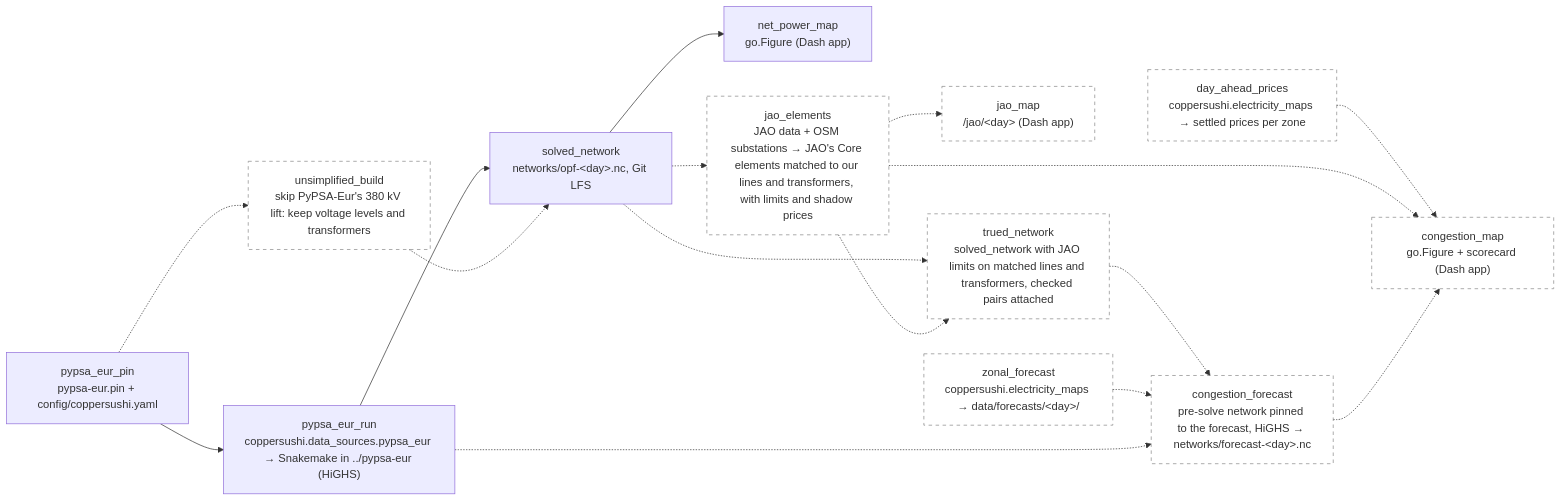
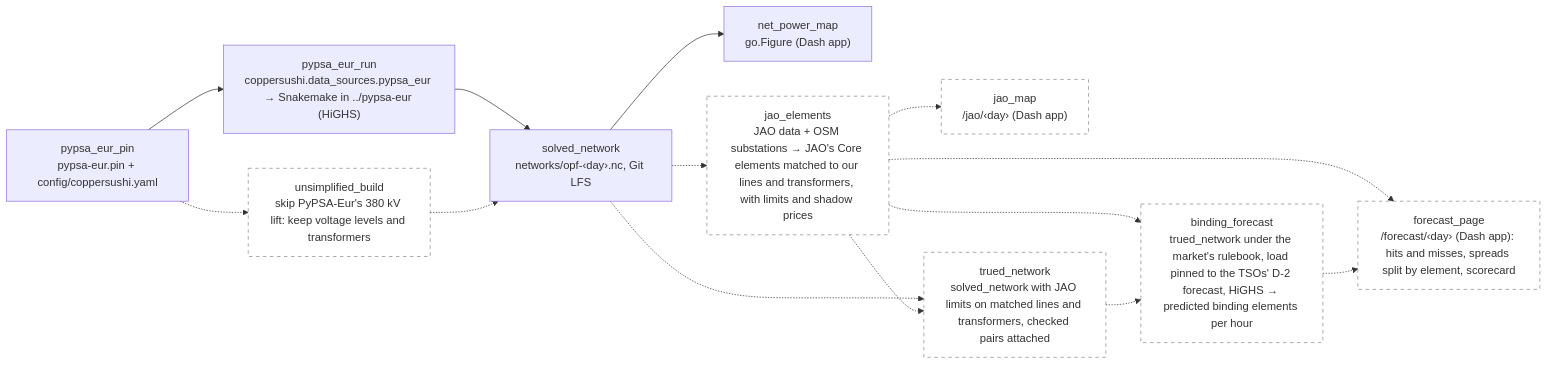
The diagram in wiki/sushi-2.md (zoltanmaric/coppersushi), drawn with Mermaid before and after one commit. The commit also changed 3 other files, not shown here.

First line of the commit message:
Forecast spec rewritten: the market's rulebook on the nodal grid, one day

````diff
--- a/wiki/sushi-2.md
+++ b/wiki/sushi-2.md
@@ -16,35 +16,31 @@
 ```mermaid
 flowchart LR
     classDef planned stroke-dasharray: 5 5,stroke:#888,fill:none
 
     net_power_map["net_power_map<br/>go.Figure (Dash app)"]
 
     pypsa_eur_pin["pypsa_eur_pin<br/>pypsa-eur.pin + config/coppersushi.yaml"]
     pypsa_eur_run["pypsa_eur_run<br/>coppersushi.data_sources.pypsa_eur → Snakemake in ../pypsa-eur (HiGHS)"]
-    solved_network["solved_network<br/>networks/opf-&lt;day&gt;.nc, Git LFS"]
+    solved_network["solved_network<br/>networks/opf-‹day›.nc, Git LFS"]
 
     unsimplified["unsimplified_build<br/>skip PyPSA-Eur's 380 kV lift: keep voltage levels and transformers"]:::planned
     jao_elements["jao_elements<br/>JAO data + OSM substations → JAO's Core elements matched to our lines and transformers, with limits and shadow prices"]:::planned
-    jao_map["jao_map<br/>/jao/&lt;day&gt; (Dash app)"]:::planned
+    jao_map["jao_map<br/>/jao/‹day› (Dash app)"]:::planned
     trued_network["trued_network<br/>solved_network with JAO limits on matched lines and transformers, checked pairs attached"]:::planned
-    zonal_forecast["zonal_forecast<br/>coppersushi.electricity_maps → data/forecasts/&lt;day&gt;/"]:::planned
-    congestion_forecast["congestion_forecast<br/>pre-solve network pinned to the forecast, HiGHS → networks/forecast-&lt;day&gt;.nc"]:::planned
-    day_ahead_prices["day_ahead_prices<br/>coppersushi.electricity_maps → settled prices per zone"]:::planned
-    congestion_map["congestion_map<br/>go.Figure + scorecard (Dash app)"]:::planned
+    binding_forecast["binding_forecast<br/>trued_network under the market's rulebook, load pinned to the TSOs' D-2 forecast, HiGHS → predicted binding elements per hour"]:::planned
+    forecast_page["forecast_page<br/>/forecast/‹day› (Dash app): hits and misses, spreads split by element, scorecard"]:::planned
 
     pypsa_eur_pin --> pypsa_eur_run
     pypsa_eur_pin -.-> unsimplified
     unsimplified -.-> solved_network
     pypsa_eur_run --> solved_network
     solved_network --> net_power_map
     solved_network -.-> jao_elements
     jao_elements -.-> jao_map
     jao_elements -.-> trued_network
     solved_network -.-> trued_network
-    pypsa_eur_run -.-> congestion_forecast
-    zonal_forecast -.-> congestion_forecast
-    congestion_forecast -.-> congestion_map
-    trued_network -.-> congestion_forecast
-    jao_elements -.-> congestion_map
-    day_ahead_prices -.-> congestion_map
+    trued_network -.-> binding_forecast
+    jao_elements -.-> binding_forecast
+    binding_forecast -.-> forecast_page
+    jao_elements -.-> forecast_page
 ```
````
